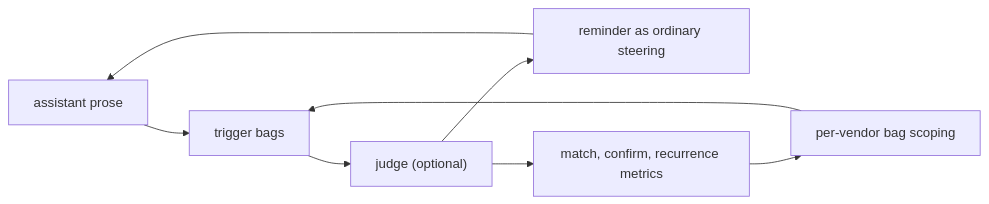
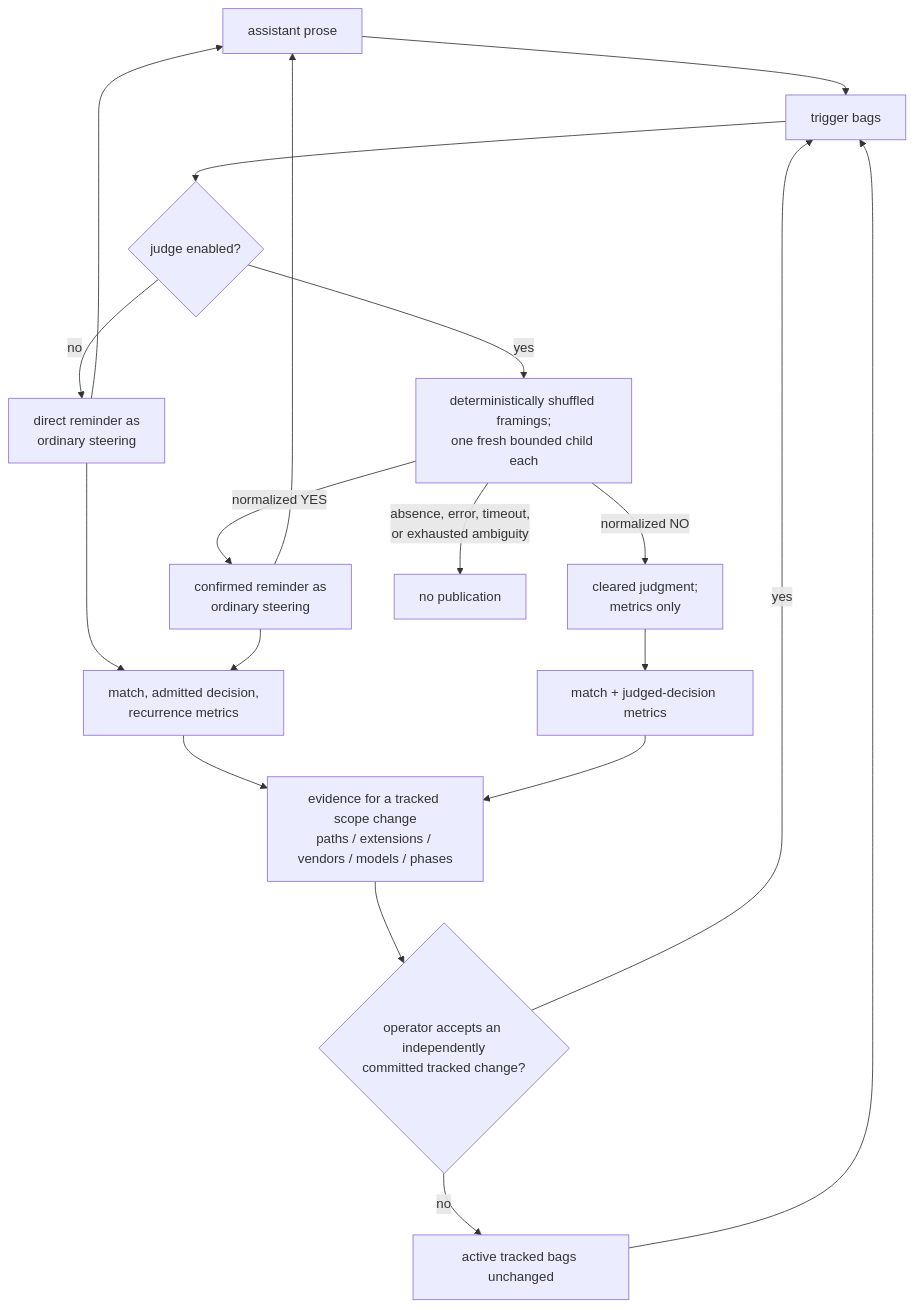
One commit to infimalabs/spice-rust changed the second of 14 diagrams in docs/product/model/boundaries.md. Above: the diagram before and after it, drawn with Mermaid. The commit also changed other lines of this file and 120 other files, not shown here.

````diff
--- a/docs/product/model/boundaries.md
+++ b/docs/product/model/boundaries.md
@@ -24,10 +24,21 @@
 ```mermaid
-flowchart LR
+flowchart TD
   P["assistant prose"] --> T["trigger bags"]
-  T --> J["judge (optional)"]
-  J --> S["reminder as ordinary steering"]
+  T --> E{"judge enabled?"}
+  E -- no --> S["direct reminder as<br/>ordinary steering"]
+  E -- yes --> J["deterministically shuffled framings;<br/>one fresh bounded child each"]
+  J -- "normalized YES" --> S2["confirmed reminder as<br/>ordinary steering"]
+  J -- "normalized NO" --> C["cleared judgment;<br/>metrics only"]
+  J -- "absence, error, timeout,<br/>or exhausted ambiguity" --> D["no publication"]
   S --> P
-  J --> M["match, confirm, recurrence metrics"]
-  M --> SC["per-vendor bag scoping"]
-  SC --> T
+  S2 --> P
+  S --> M["match, admitted decision,<br/>recurrence metrics"]
+  S2 --> M
+  C --> M2["match + judged-decision metrics"]
+  M --> SC["evidence for a tracked scope change<br/>paths / extensions / vendors / models / phases"]
+  M2 --> SC
+  SC --> O{"operator accepts an independently<br/>committed tracked change?"}
+  O -- yes --> T
+  O -- no --> U["active tracked bags unchanged"]
+  U --> T
 ```
````
